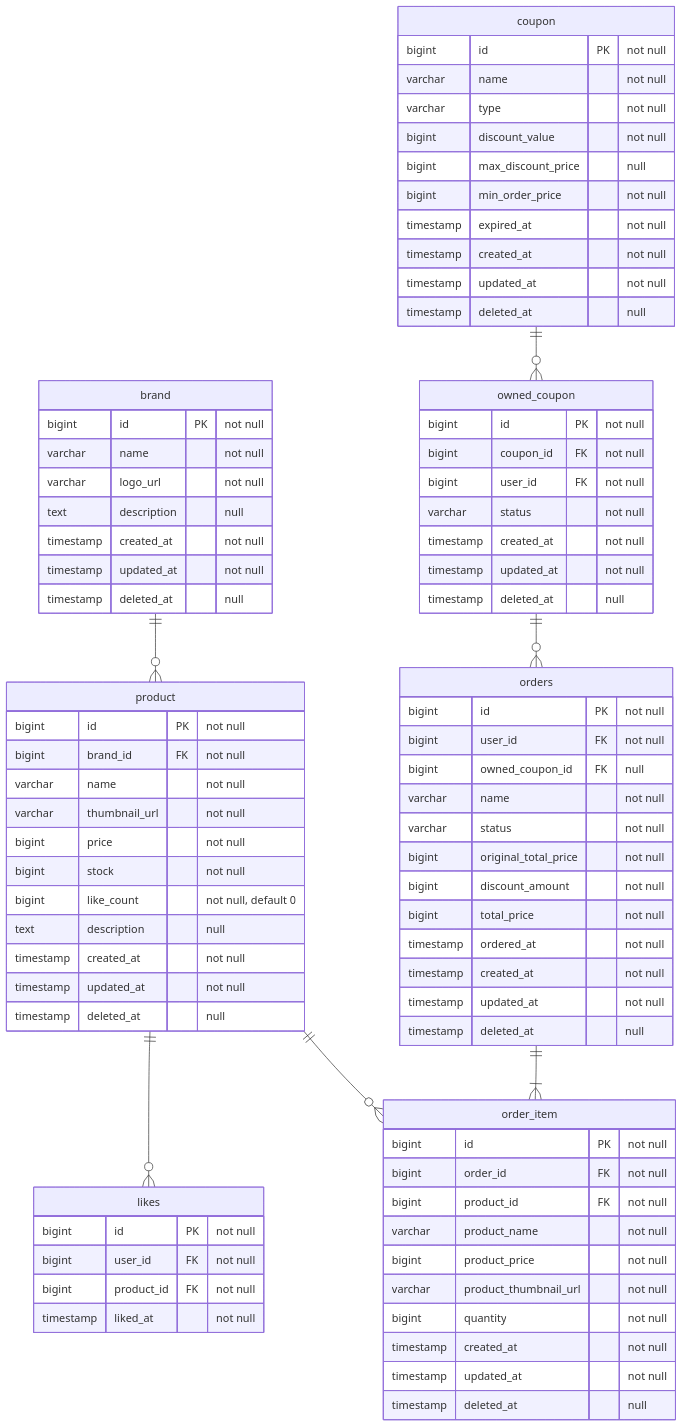
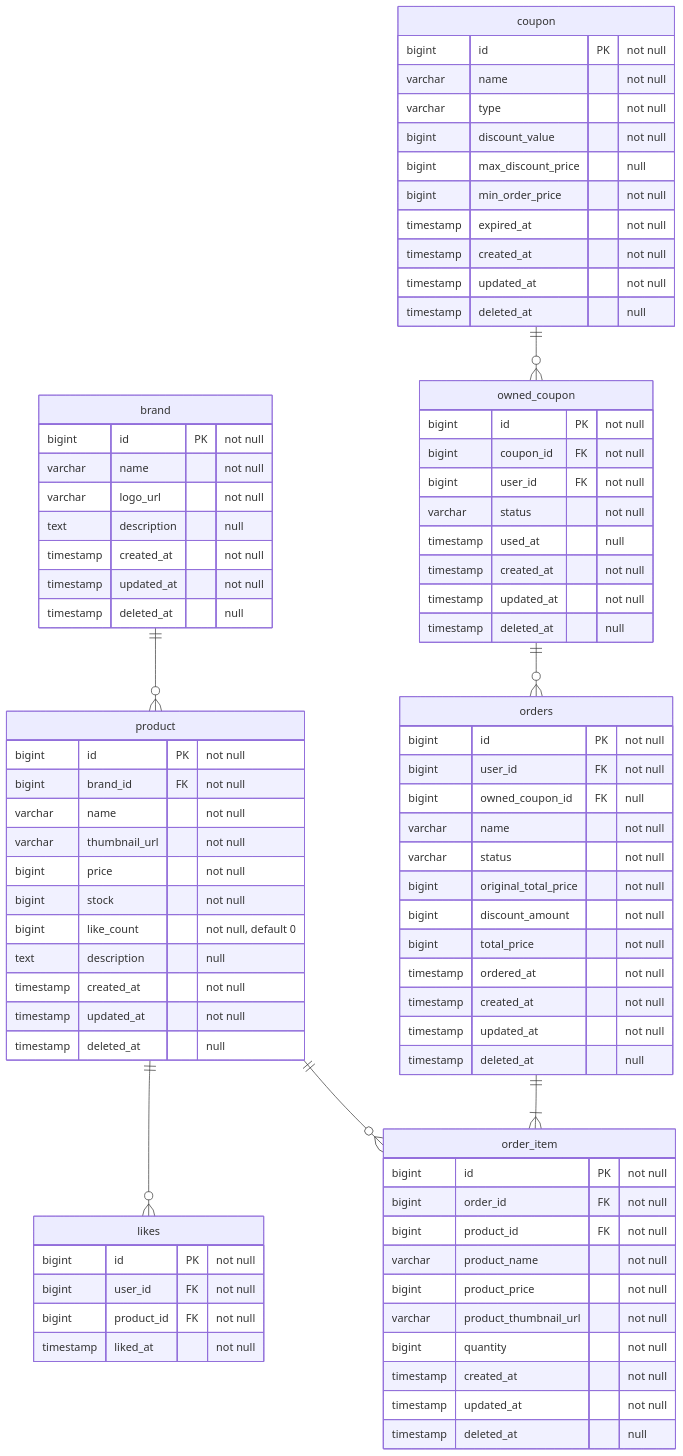
One commit to Loopers-dev-lab/loop-pack-be-l2-vol3-java changed the diagram in .docs/design/04-erd.md. Above: the diagram before and after it, drawn with Mermaid. The commit also changed 5 other files, not shown here.

```diff
--- a/.docs/design/04-erd.md
+++ b/.docs/design/04-erd.md
@@ -68,6 +68,7 @@
         bigint coupon_id FK "not null"
         bigint user_id FK "not null"
         varchar status "not null"
+        timestamp used_at "null"
         timestamp created_at "not null"
         timestamp updated_at "not null"
         timestamp deleted_at "null"
```
